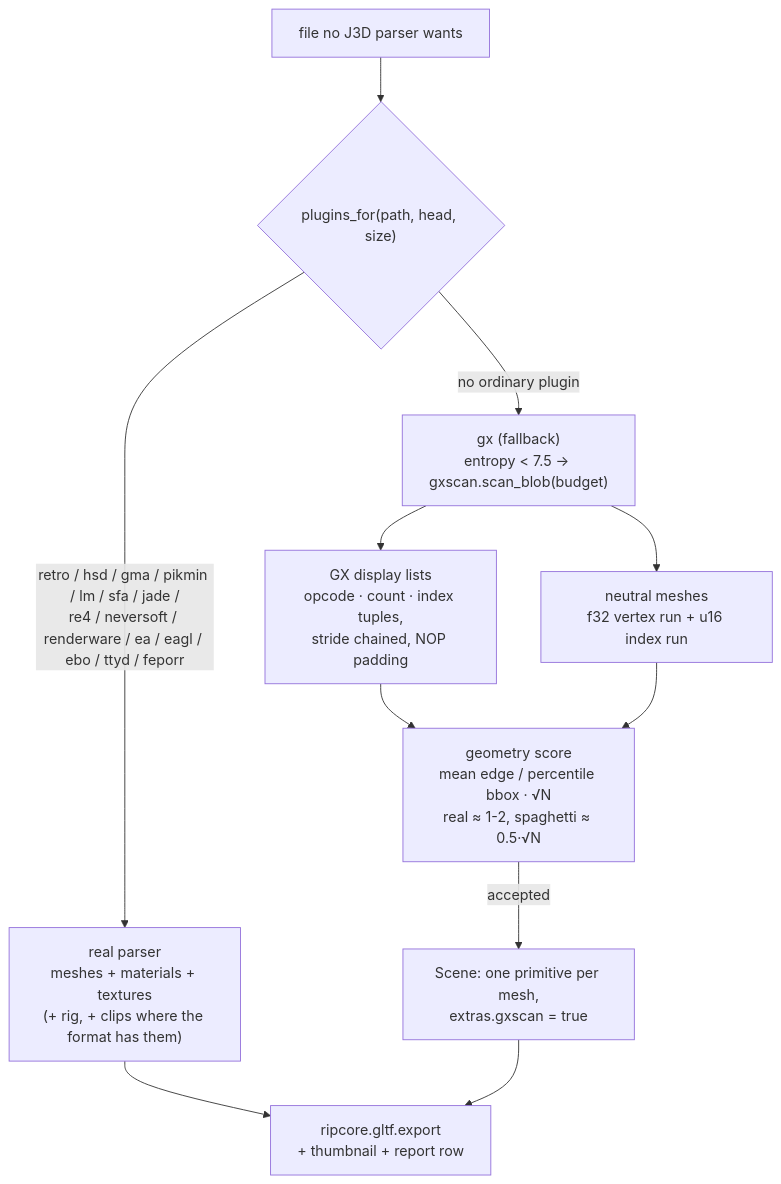
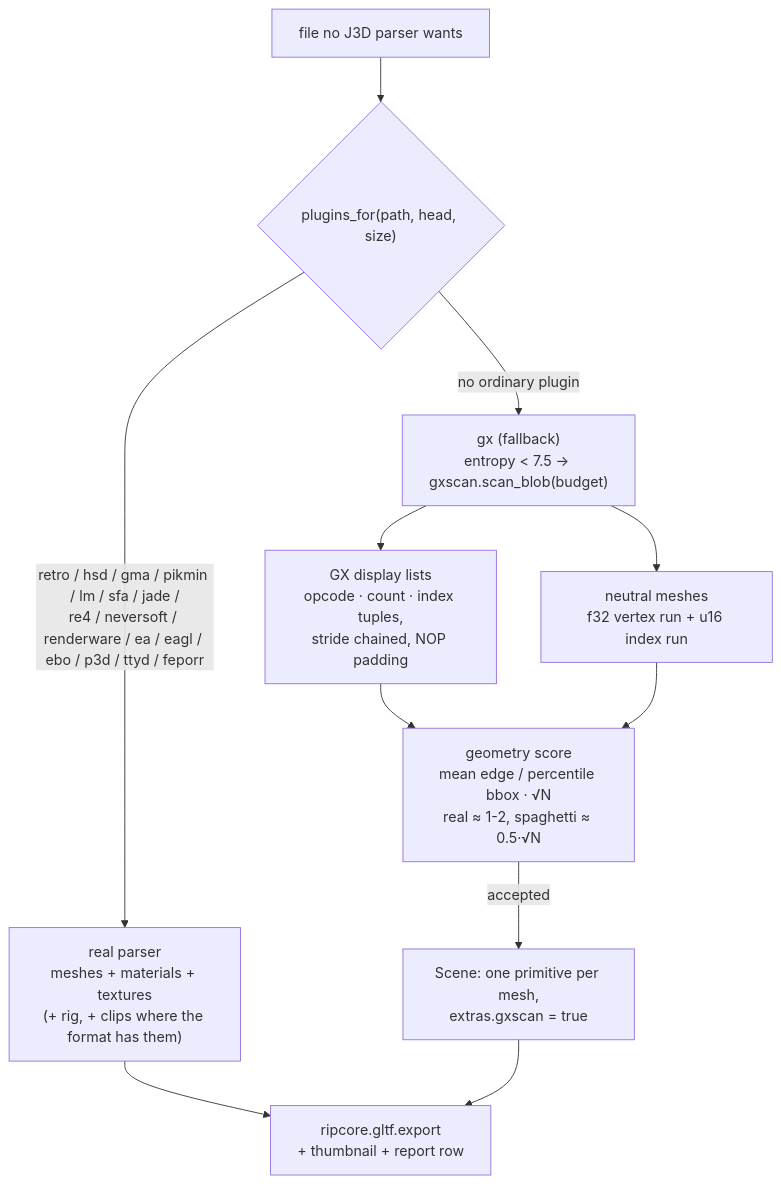
One commit to Felbs/3d-ripper-9000 changed the eighth of 8 diagrams in docs/PIPELINE.md. Above: the diagram before and after it, drawn with Mermaid. The commit also changed other lines of this file and 7 other files, not shown here.

````diff
--- a/docs/PIPELINE.md
+++ b/docs/PIPELINE.md
@@ -173,11 +173,11 @@
 ```mermaid
 flowchart TD
     F["file no J3D parser wants"] --> D{"plugins_for(path, head, size)"}
-    D -->|"retro / hsd / gma / pikmin / lm / sfa / jade /<br/>re4 / neversoft / renderware / ea / eagl / ebo / ttyd / feporr"| R["real parser<br/>meshes + materials + textures<br/>(+ rig, + clips where the format has them)"]
+    D -->|"retro / hsd / gma / pikmin / lm / sfa / jade /<br/>re4 / neversoft / renderware / ea / eagl / ebo / p3d / ttyd / feporr"| R["real parser<br/>meshes + materials + textures<br/>(+ rig, + clips where the format has them)"]
     D -->|"no ordinary plugin"| S["gx (fallback)<br/>entropy < 7.5 → gxscan.scan_blob(budget)"]
     S --> L["GX display lists<br/>opcode · count · index tuples,<br/>stride chained, NOP padding"]
     S --> N["neutral meshes<br/>f32 vertex run + u16 index run"]
     L & N --> SC["geometry score<br/>mean edge / percentile bbox · √N<br/>real ≈ 1-2, spaghetti ≈ 0.5·√N"]
     SC -->|"accepted"| M["Scene: one primitive per mesh,<br/>extras.gxscan = true"]
     R & M --> E["ripcore.gltf.export<br/>+ thumbnail + report row"]
 ```
````
